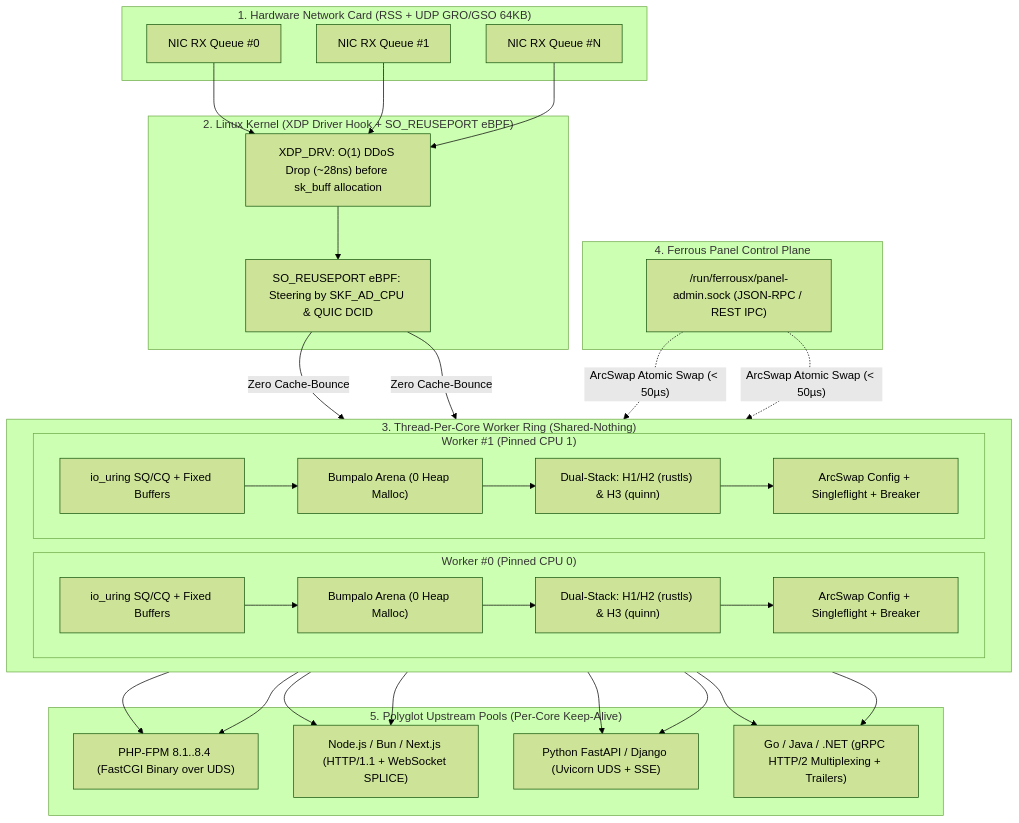
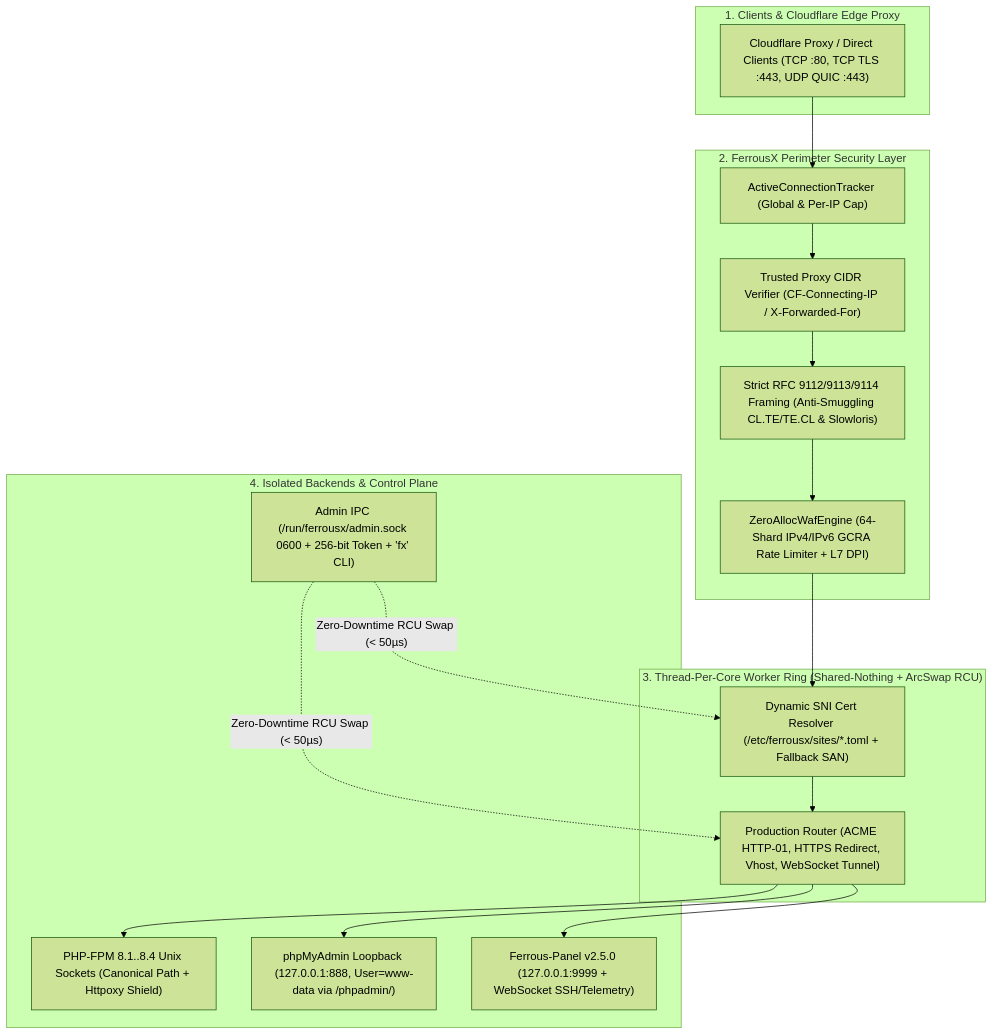
Before and after one commit to Ferrous-panel/FerrousX: the diagram in FerrousX-security-hardened/README.md, drawn with Mermaid (forest theme). The commit also changed other lines of this file and 11 other files, not shown here.

````diff
--- a/FerrousX-security-hardened/README.md
+++ b/FerrousX-security-hardened/README.md
@@ -79,47 +135,29 @@
 ```mermaid
 flowchart TB
-    subgraph NIC["1. Hardware Network Card (RSS + UDP GRO/GSO 64KB)"]
-        RX0["NIC RX Queue #0"]
-        RX1["NIC RX Queue #1"]
-        RXN["NIC RX Queue #N"]
+    subgraph EDGE["1. Clients & Cloudflare Edge Proxy"]
+        CF["Cloudflare Proxy / Direct Clients (TCP :80, TCP TLS :443, UDP QUIC :443)"]
     end
 
-    subgraph EBPF["2. Linux Kernel (XDP Driver Hook + SO_REUSEPORT eBPF)"]
-        XDP["XDP_DRV: O(1) DDoS Drop (~28ns) before sk_buff allocation"]
-        REUSE["SO_REUSEPORT eBPF: Steering by SKF_AD_CPU & QUIC DCID"]
+    subgraph SECURITY["2. FerrousX Perimeter Security Layer"]
+        CONN["ActiveConnectionTracker (Global & Per-IP Cap)"]
+        CIDR["Trusted Proxy CIDR Verifier (CF-Connecting-IP / X-Forwarded-For)"]
+        FRAME["Strict RFC 9112/9113/9114 Framing (Anti-Smuggling CL.TE/TE.CL & Slowloris)"]
+        WAF["ZeroAllocWafEngine (64-Shard IPv4/IPv6 GCRA Rate Limiter + L7 DPI)"]
     end
 
-    subgraph WORKERS["3. Thread-Per-Core Worker Ring (Shared-Nothing)"]
-        direction LR
-        subgraph W0["Worker #0 (Pinned CPU 0)"]
-            U0["io_uring SQ/CQ + Fixed Buffers"]
-            A0["Bumpalo Arena (0 Heap Malloc)"]
-            P0["Dual-Stack: H1/H2 (rustls) & H3 (quinn)"]
-            C0["ArcSwap Config + Singleflight + Breaker"]
-        end
-        subgraph W1["Worker #1 (Pinned CPU 1)"]
-            U1["io_uring SQ/CQ + Fixed Buffers"]
-            A1["Bumpalo Arena (0 Heap Malloc)"]
-            P1["Dual-Stack: H1/H2 (rustls) & H3 (quinn)"]
-            C1["ArcSwap Config + Singleflight + Breaker"]
-        end
+    subgraph WORKERS["3. Thread-Per-Core Worker Ring (Shared-Nothing + ArcSwap RCU)"]
+        SNI["Dynamic SNI Cert Resolver (/etc/ferrousx/sites/*.toml + Fallback SAN)"]
+        ROUTER["Production Router (ACME HTTP-01, HTTPS Redirect, Vhost, WebSocket Tunnel)"]
     end
 
-    subgraph PANEL["4. Ferrous Panel Control Plane"]
-        SOCK["/run/ferrousx/panel-admin.sock (JSON-RPC / REST IPC)"]
+    subgraph BACKENDS["4. Isolated Backends & Control Plane"]
+        PHP["PHP-FPM 8.1..8.4 Unix Sockets (Canonical Path + Httpoxy Shield)"]
+        PMA["phpMyAdmin Loopback (127.0.0.1:888, User=www-data via /phpadmin/)"]
+        PANEL["Ferrous-Panel v2.5.0 (127.0.0.1:9999 + WebSocket SSH/Telemetry)"]
+        ADMIN["Admin IPC (/run/ferrousx/admin.sock 0600 + 256-bit Token + 'fx' CLI)"]
     end
 
-    subgraph BACKENDS["5. Polyglot Upstream Pools (Per-Core Keep-Alive)"]
-        PHP["PHP-FPM 8.1..8.4 (FastCGI Binary over UDS)"]
-        NODE["Node.js / Bun / Next.js (HTTP/1.1 + WebSocket SPLICE)"]
-        PY["Python FastAPI / Django (Uvicorn UDS + SSE)"]
-        GRPC["Go / Java / .NET (gRPC HTTP/2 Multiplexing + Trailers)"]
-    end
-
-    RX0 & RX1 & RXN --> XDP --> REUSE
-    REUSE -->|"Zero Cache-Bounce"| U0 & U1
-    U0 --> A0 --> P0 --> C0
-    U1 --> A1 --> P1 --> C1
-    SOCK -.->|"ArcSwap Atomic Swap (< 50µs)"| C0 & C1
-    C0 & C1 --> PHP & NODE & PY & GRPC
+    CF --> CONN --> CIDR --> FRAME --> WAF --> SNI --> ROUTER
+    ROUTER --> PHP & PMA & PANEL
+    ADMIN -.->|"Zero-Downtime RCU Swap (< 50µs)"| ROUTER & SNI
 ```
````
